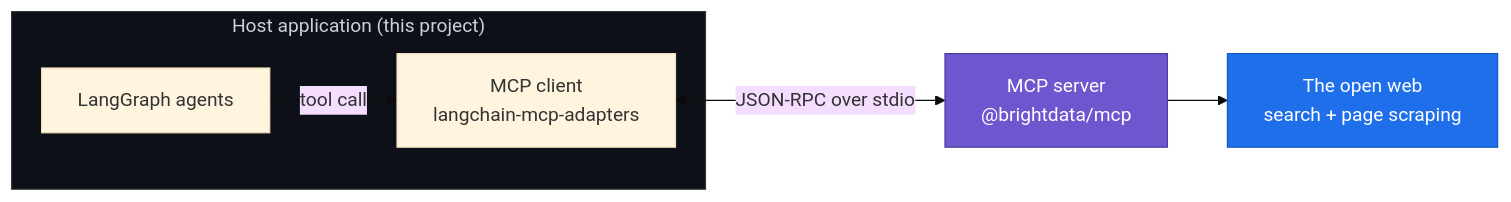
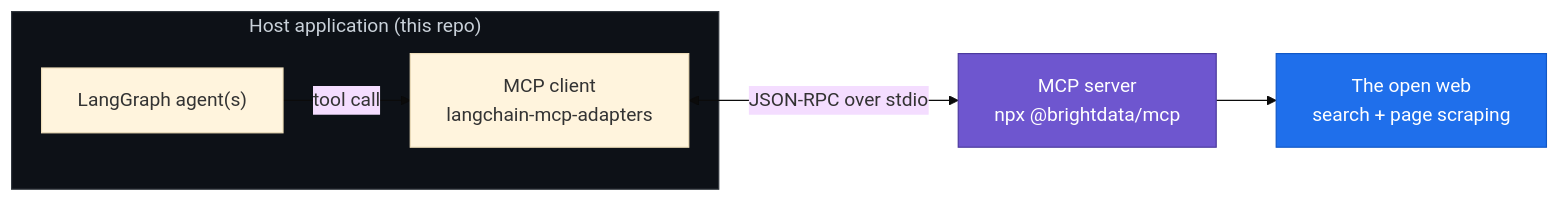
Before and after one commit to sumionochi/MCP-Multi-Agents-and-Supervisor: the second of 6 diagrams in README.md, drawn with Mermaid (base theme). The commit also changed other lines of this file, not shown here.

````diff
--- a/README.md
+++ b/README.md
@@ -56,18 +53,18 @@
 ```mermaid
 flowchart LR
-    subgraph HOST["Host application (this project)"]
-        AGENT["LangGraph agents"]
+    subgraph HOST["Host application (this repo)"]
+        AGENT["LangGraph agent(s)"]
         CLIENT["MCP client<br/>langchain-mcp-adapters"]
     end
  
-    SERVER["MCP server<br/>@brightdata/mcp"]
+    SERVER["MCP server<br/>npx @brightdata/mcp"]
     WEB["The open web<br/>search + page scraping"]
  
     AGENT -->|"tool call"| CLIENT
     CLIENT <-->|"JSON-RPC over stdio"| SERVER
     SERVER --> WEB
  
     style HOST fill:#0d1117,stroke:#30363d,color:#c9d1d9
     style SERVER fill:#6E56CF,stroke:#4c3a9e,color:#ffffff
     style WEB fill:#1f6feb,stroke:#1158c7,color:#ffffff
 ```
````
